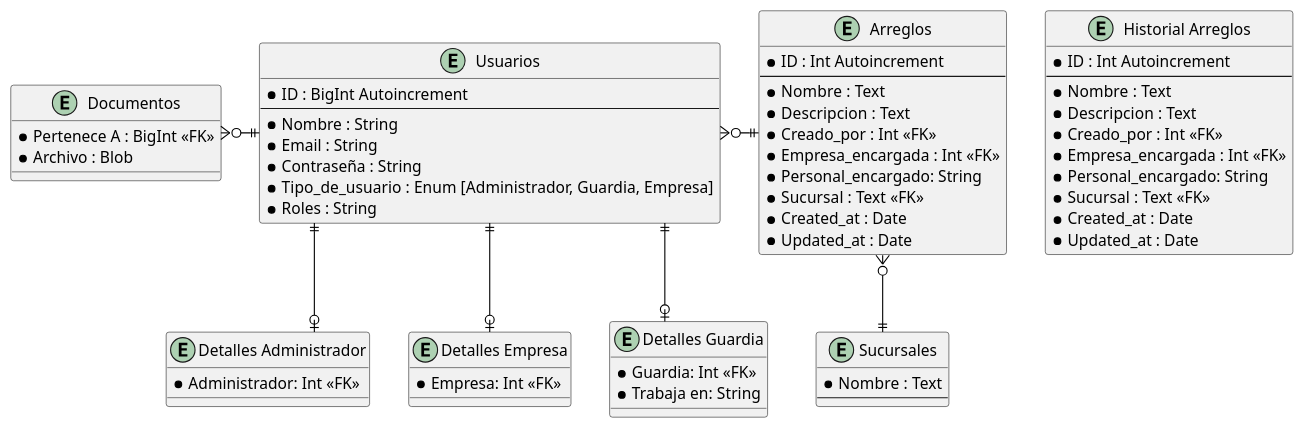
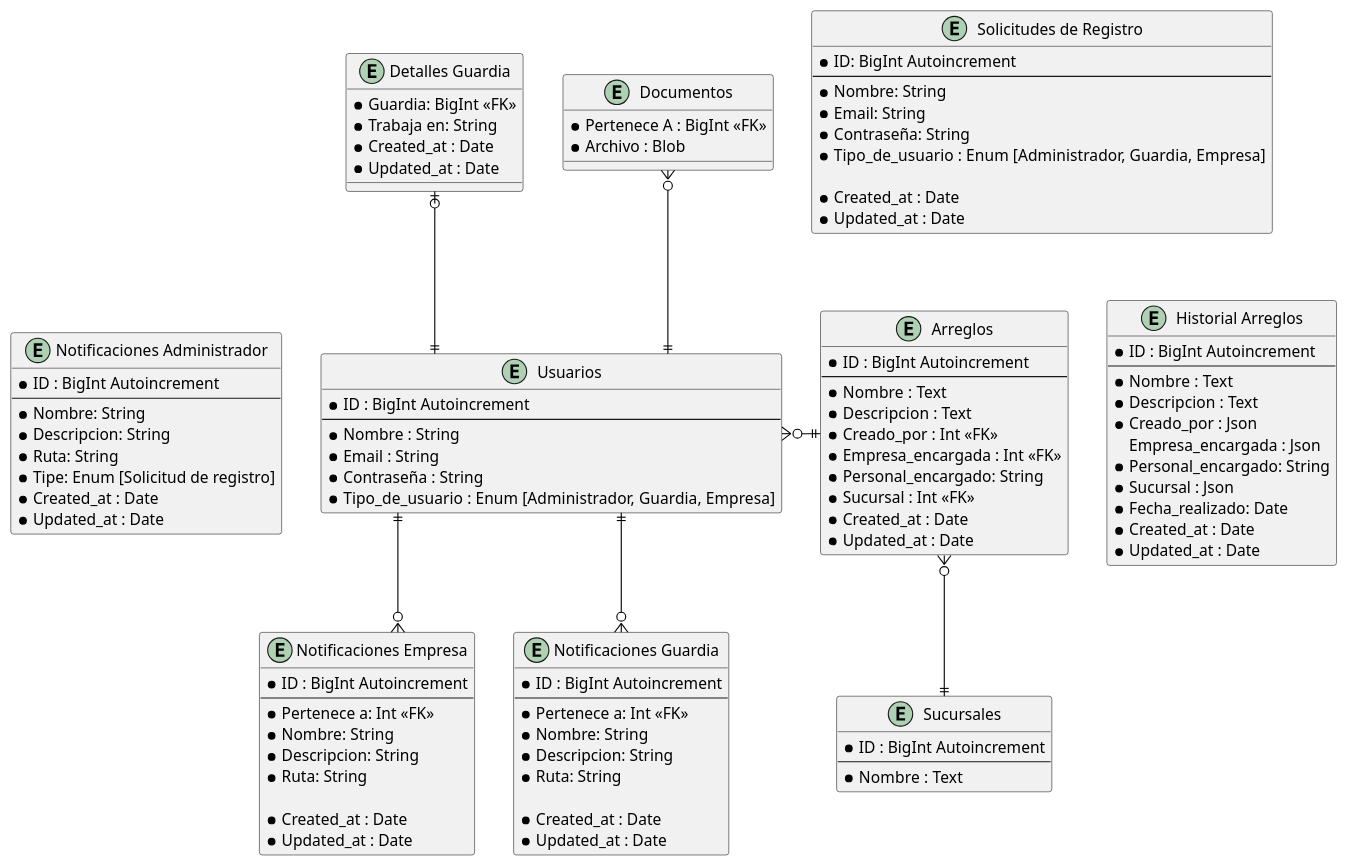
Before and after one commit to Arcemist/ProyectoUTU: the diagram in docs/Base_de_datos/Diagrama_de_base_de_datos.puml, drawn with PlantUML. The commit also changed 2 other files, not shown here.

```diff
--- a/docs/Base_de_datos/Diagrama_de_base_de_datos.puml
+++ b/docs/Base_de_datos/Diagrama_de_base_de_datos.puml
@@ -1,85 +1,128 @@
 @startuml "Diagrama_de_la_Base_de_datos"
 
 skinparam {
 	BackgroundColor white
 	LineType Ortho
 	ArrowColor Black
 	Entity {
 		FontColor Black
 		BackgroundColor White
 		BorderColor Black
 	}
 }
 
 entity "Sucursales" {
+    * ID : BigInt Autoincrement
+	--
 	* Nombre : Text
-	--
 }
 
 entity "Documentos" {
 	* Pertenece A : BigInt <<FK>>
 	* Archivo : Blob
 }
 
 entity "Usuarios" {
     * ID : BigInt Autoincrement
     --
     * Nombre : String
     * Email : String
     * Contraseña : String
     * Tipo_de_usuario : Enum [Administrador, Guardia, Empresa]
-    * Roles : String
 }
 
-entity "Detalles Administrador" {
-    * Administrador: Int <<FK>>
-}
+entity "Solicitudes de Registro" {
+    * ID: BigInt Autoincrement
+    --
+    * Nombre: String
+    * Email: String
+    * Contraseña: String
+    * Tipo_de_usuario : Enum [Administrador, Guardia, Empresa]
 
-entity "Detalles Empresa" {
-    * Empresa: Int <<FK>>
+    * Created_at : Date
+	* Updated_at : Date
 }
 
 entity "Detalles Guardia" {
-    * Guardia: Int <<FK>>
+    * Guardia: BigInt <<FK>>
     * Trabaja en: String
+    * Created_at : Date
+	* Updated_at : Date
+}
+
+entity "Notificaciones Administrador" {
+    * ID : BigInt Autoincrement
+    --
+    * Nombre: String
+    * Descripcion: String
+    * Ruta: String
+    * Tipe: Enum [Solicitud de registro]
+    * Created_at : Date
+	* Updated_at : Date
+}
+
+entity "Notificaciones Empresa" {
+    * ID : BigInt Autoincrement
+    --
+    * Pertenece a: Int <<FK>>
+    * Nombre: String
+    * Descripcion: String
+    * Ruta: String
+
+    * Created_at : Date
+	* Updated_at : Date
+}
+
+entity "Notificaciones Guardia" {
+    * ID : BigInt Autoincrement
+    --
+    * Pertenece a: Int <<FK>>
+    * Nombre: String
+    * Descripcion: String
+    * Ruta: String
+
+    * Created_at : Date
+	* Updated_at : Date
 }
 
 entity "Arreglos" {
-	* ID : Int Autoincrement
+	* ID : BigInt Autoincrement
 	--
 	* Nombre : Text
 	* Descripcion : Text
 	* Creado_por : Int <<FK>>
     * Empresa_encargada : Int <<FK>>
     * Personal_encargado: String
-	* Sucursal : Text <<FK>>
+    * Sucursal : Int <<FK>>
     * Created_at : Date
 	* Updated_at : Date
 }
 
 entity "Historial Arreglos" {
-	* ID : Int Autoincrement
+	* ID : BigInt Autoincrement
 	--
 	* Nombre : Text
 	* Descripcion : Text
-	* Creado_por : Int <<FK>>
-    * Empresa_encargada : Int <<FK>>
+    * Creado_por : Json
+      Empresa_encargada : Json
     * Personal_encargado: String
-	* Sucursal : Text <<FK>>
+    * Sucursal : Json
+    * Fecha_realizado: Date
     * Created_at : Date
 	* Updated_at : Date
 }
 
 
 ' Añadiendo las relaciones:
-"Documentos" }o-r-|| "Usuarios"
-"Usuarios" ||-d-o| "Detalles Administrador"
-"Usuarios" ||-d-o| "Detalles Empresa"
-"Usuarios" ||-d-o| "Detalles Guardia"
+"Usuarios" ||-u-o{ "Documentos"
+"Usuarios" ||-u-o| "Detalles Guardia"
 "Usuarios" }o-r-|| "Arreglos"
+"Usuarios" ||-d-o{ "Notificaciones Empresa"
+"Usuarios" ||-d-o{ "Notificaciones Guardia"
 "Arreglos" }o-d-|| "Sucursales"
 "Arreglos" -[hidden]r- "Historial Arreglos"
+"Usuarios" -[hidden]l- "Notificaciones Administrador"
 
 ' Puedo poner ':' despues de una relacion pa poner comentario en el medio
 
 @enduml
```
